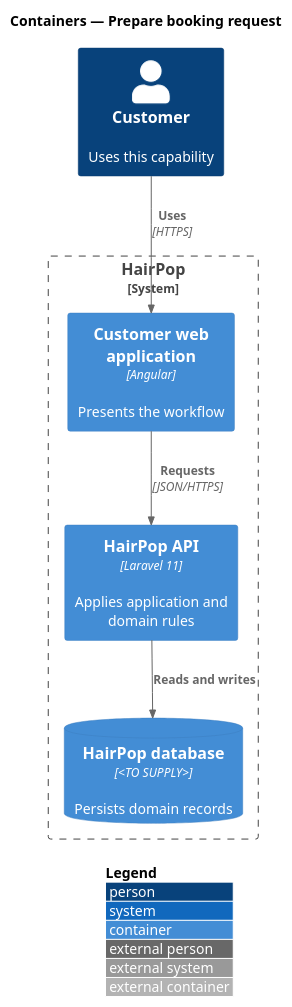
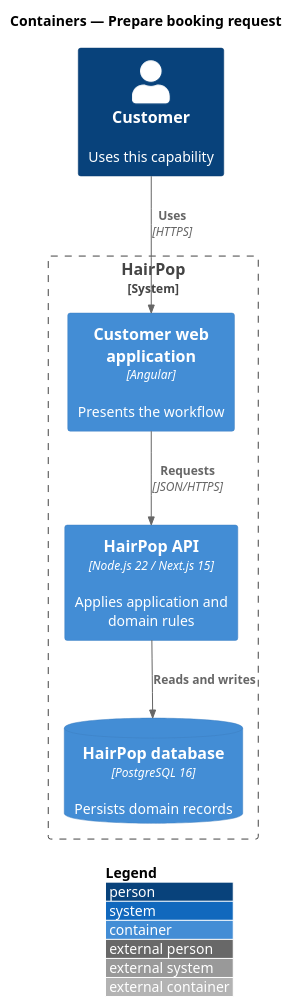
The diagram in docs/detailed-designs/booking/prepare-booking-request/diagrams/c4-container.puml (QuinntyneBrown/HairPop), drawn with PlantUML before and after one commit. The commit also changed 159 other files, not shown here.

First line of the commit message:
docs: plan the backend on Node.js, Next.js, PostgreSQL and Prisma

```diff
--- a/docs/detailed-designs/booking/prepare-booking-request/diagrams/c4-container.puml
+++ b/docs/detailed-designs/booking/prepare-booking-request/diagrams/c4-container.puml
@@ -1,14 +1,14 @@
 @startuml
 !include <C4/C4_Container>
 LAYOUT_WITH_LEGEND()
 title Containers — Prepare booking request
 Person(person, "Customer", "Uses this capability")
 System_Boundary(hairpop, "HairPop") {
   Container(web, "Customer web application", "Angular", "Presents the workflow")
-  Container(api, "HairPop API", "Laravel 11", "Applies application and domain rules")
-  ContainerDb(db, "HairPop database", "<TO SUPPLY>", "Persists domain records")
+  Container(api, "HairPop API", "Node.js 22 / Next.js 15", "Applies application and domain rules")
+  ContainerDb(db, "HairPop database", "PostgreSQL 16", "Persists domain records")
 }
 Rel(person, web, "Uses", "HTTPS")
 Rel(web, api, "Requests", "JSON/HTTPS")
 Rel(api, db, "Reads and writes")
 @enduml
```
